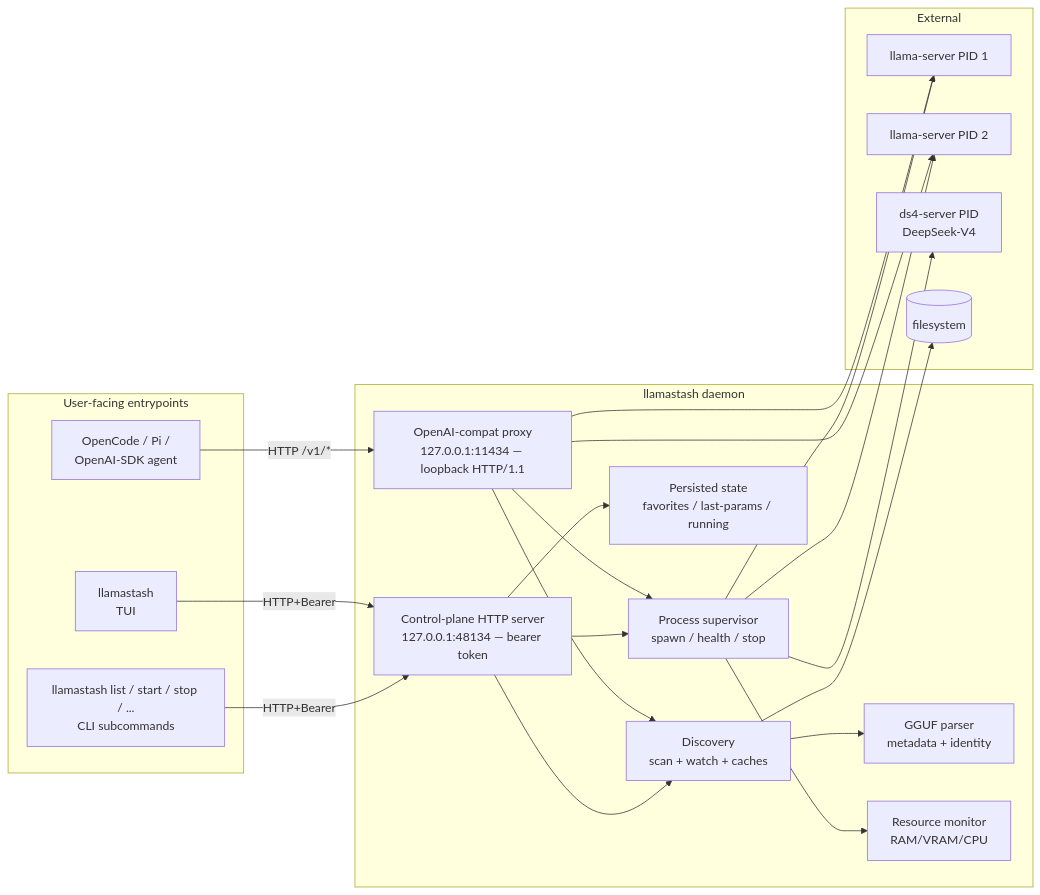
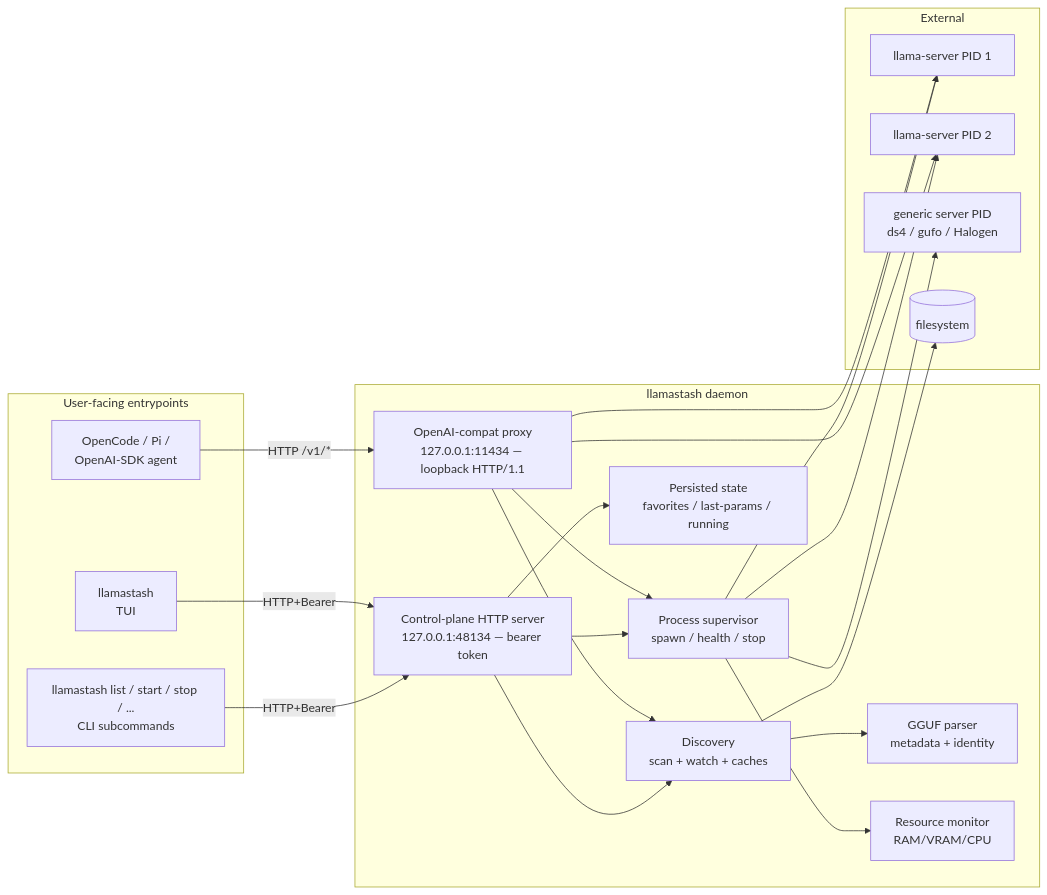
The first of 2 diagrams in docs/architecture.md (Penguinjanator/llamastash), drawn with Mermaid before and after one commit. The commit also changed other lines of this file and 70 other files, not shown here.

First line of the commit message:
feat!: remove the ds4 backend, run ds4-server as a generic server

````diff
--- a/docs/architecture.md
+++ b/docs/architecture.md
@@ -34,42 +34,42 @@
 ```mermaid
 flowchart LR
     subgraph user[User-facing entrypoints]
         TUI[llamastash<br/>TUI]
         CLI[llamastash list / start / stop / ...<br/>CLI subcommands]
         AGENT[OpenCode / Pi /<br/>OpenAI-SDK agent]
     end
 
     subgraph daemon[llamastash daemon]
         IPC[Control-plane HTTP server<br/>127.0.0.1:48134 — bearer token]
         PROXY[OpenAI-compat proxy<br/>127.0.0.1:11434 — loopback HTTP/1.1]
         SCAN[Discovery<br/>scan + watch + caches]
         GGUF[GGUF parser<br/>metadata + identity]
         SUP[Process supervisor<br/>spawn / health / stop]
         RES[Resource monitor<br/>RAM/VRAM/CPU]
         STATE[Persisted state<br/>favorites / last-params / running]
     end
 
     subgraph external[External]
         LS1[llama-server PID 1]
         LS2[llama-server PID 2]
-        DS4[ds4-server PID<br/>DeepSeek-V4]
+        GEN[generic server PID<br/>ds4 / gufo / Halogen]
         FS[(filesystem)]
     end
 
     TUI -- HTTP+Bearer --> IPC
     CLI -- HTTP+Bearer --> IPC
     AGENT -- HTTP /v1/* --> PROXY
     PROXY --> SUP
     PROXY --> SCAN
     PROXY --> LS1
     PROXY --> LS2
     IPC --> SCAN
     IPC --> SUP
     IPC --> STATE
     SCAN --> GGUF
     SCAN --> FS
     SUP --> LS1
     SUP --> LS2
-    SUP --> DS4
+    SUP --> GEN
     SUP --> RES
 ```
````
